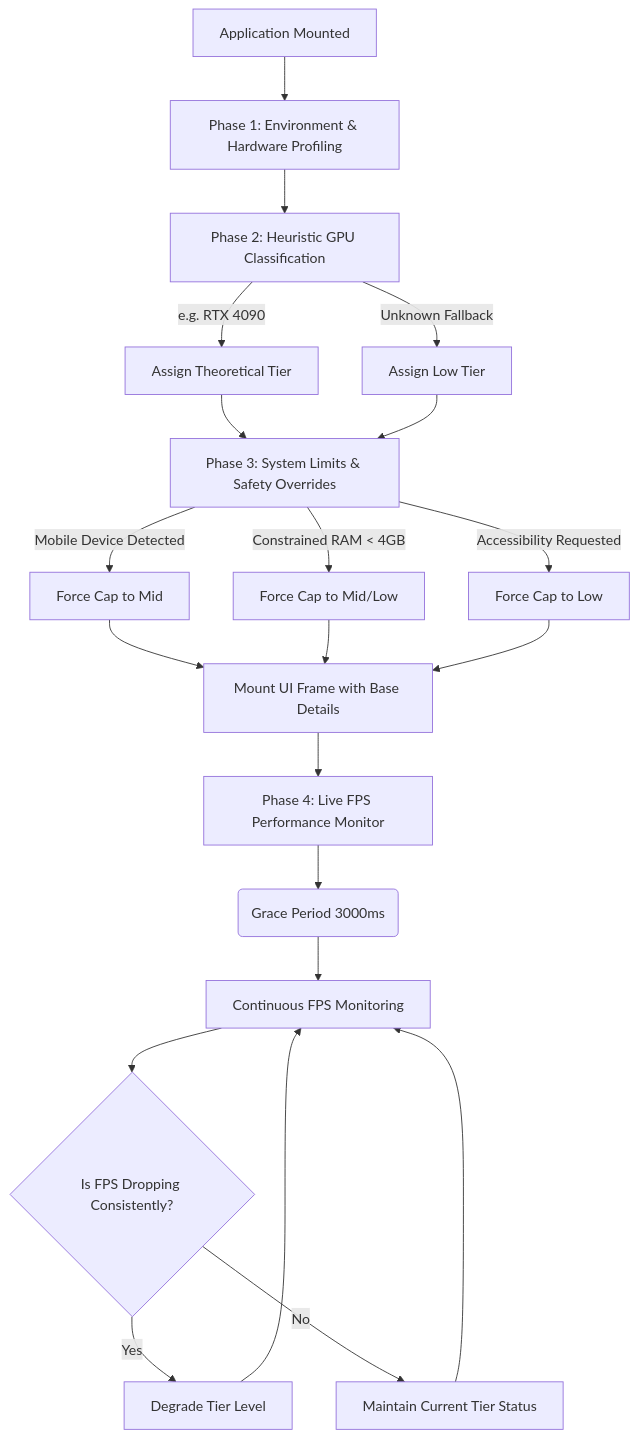
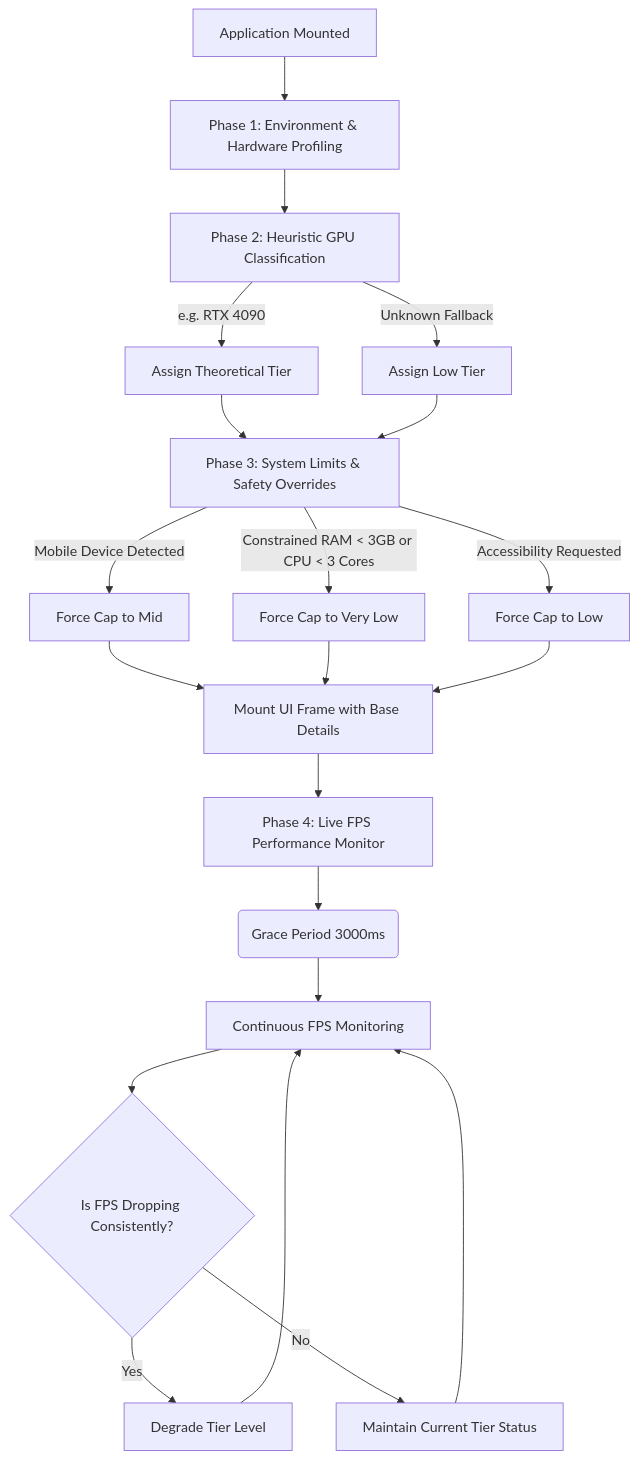
The diagram in README.md (Jerophin123/HPOE), drawn with Mermaid before and after one commit. The commit also changed other lines of this file, not shown here.

````diff
--- a/README.md
+++ b/README.md
@@ -86,25 +86,25 @@
 ```mermaid
 graph TD
     A[Application Mounted] --> B[Phase 1: Environment & Hardware Profiling]
     B --> C[Phase 2: Heuristic GPU Classification]
     C -->|e.g. RTX 4090| D[Assign Theoretical Tier]
     C -->|Unknown Fallback| E[Assign Low Tier]
     D --> F[Phase 3: System Limits & Safety Overrides]
     E --> F
     F -->|Mobile Device Detected| G[Force Cap to Mid]
-    F -->|Constrained RAM < 4GB| H[Force Cap to Mid/Low]
+    F -->|Constrained RAM < 3GB or CPU < 3 Cores| H[Force Cap to Very Low]
     F -->|Accessibility Requested| I[Force Cap to Low]
     
     G --> J[Mount UI Frame with Base Details]
     H --> J
     I --> J
     
     J --> K[Phase 4: Live FPS Performance Monitor]
     K --> L(Grace Period 3000ms)
     L --> M[Continuous FPS Monitoring]
     M --> N{Is FPS Dropping Consistently?}
     N -->|Yes| O[Degrade Tier Level]
     O --> M
     N -->|No| P[Maintain Current Tier Status]
     P --> M
 ```
````
